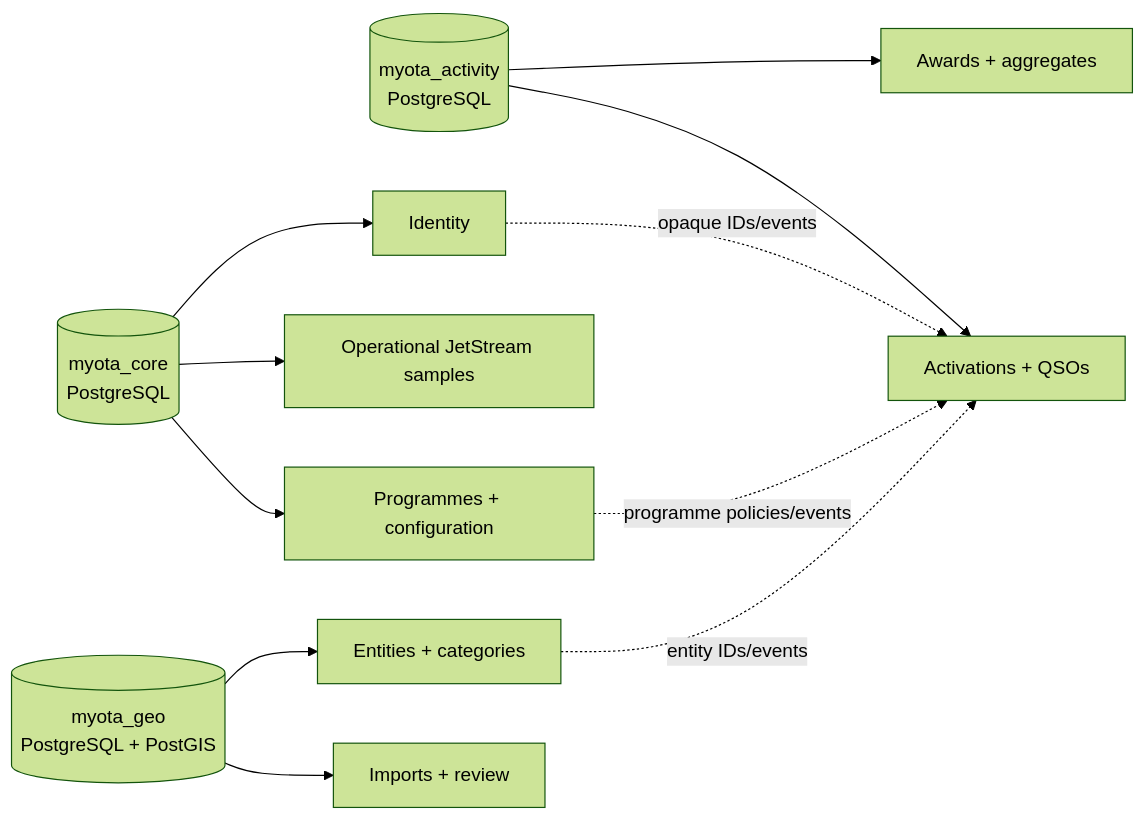
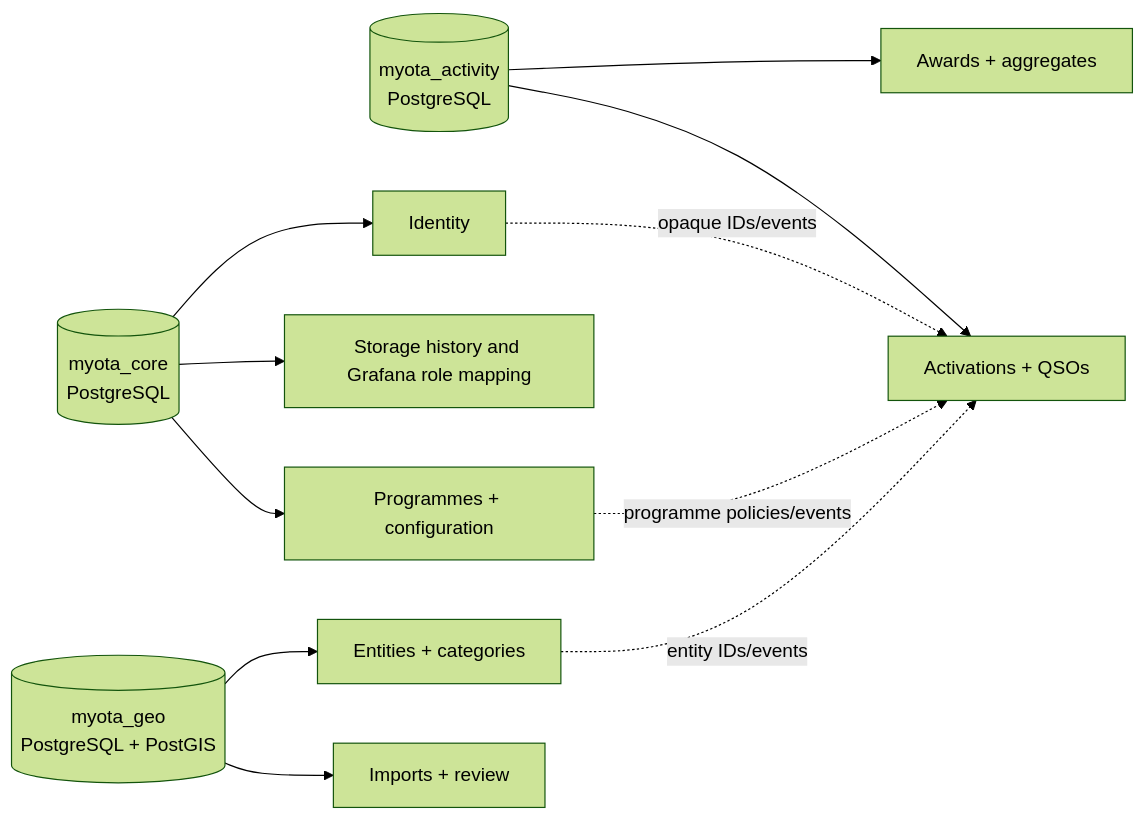
The first of 2 diagrams in docs/architecture/diagrams/data-model.md (myota-platform/myota-docs), drawn with Mermaid (forest theme) before and after one commit. The commit also changed other lines of this file and 19 other files, not shown here.

````diff
--- a/docs/architecture/diagrams/data-model.md
+++ b/docs/architecture/diagrams/data-model.md
@@ -11,13 +12,13 @@
 ```mermaid
 flowchart LR
   Core[(myota_core\nPostgreSQL)] --> Identity[Identity]
   Core --> Programme[Programmes + configuration]
-  Core --> Operations[Operational JetStream samples]
+  Core --> Operations[Storage history and Grafana role mapping]
   Activity[(myota_activity\nPostgreSQL)] --> Execution[Activations + QSOs]
   Activity --> Awards[Awards + aggregates]
   Geo[(myota_geo\nPostgreSQL + PostGIS)] --> Entities[Entities + categories]
   Geo --> Imports[Imports + review]
   Identity -. opaque IDs/events .-> Execution
   Programme -. programme policies/events .-> Execution
   Entities -. entity IDs/events .-> Execution
 ```
````
